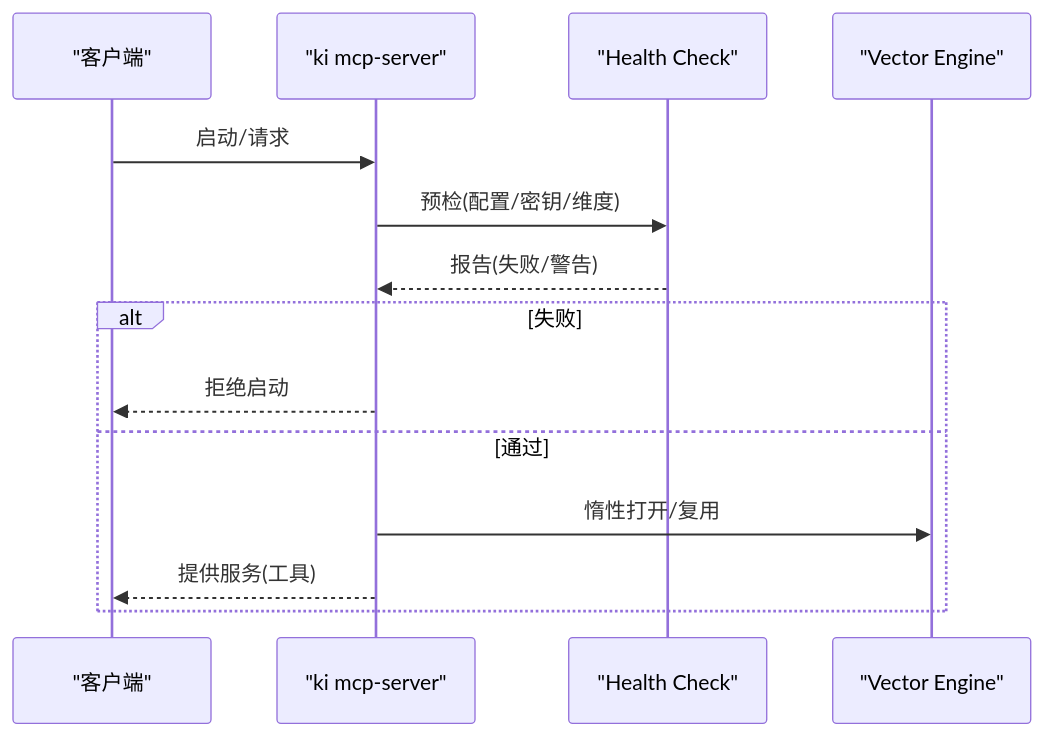
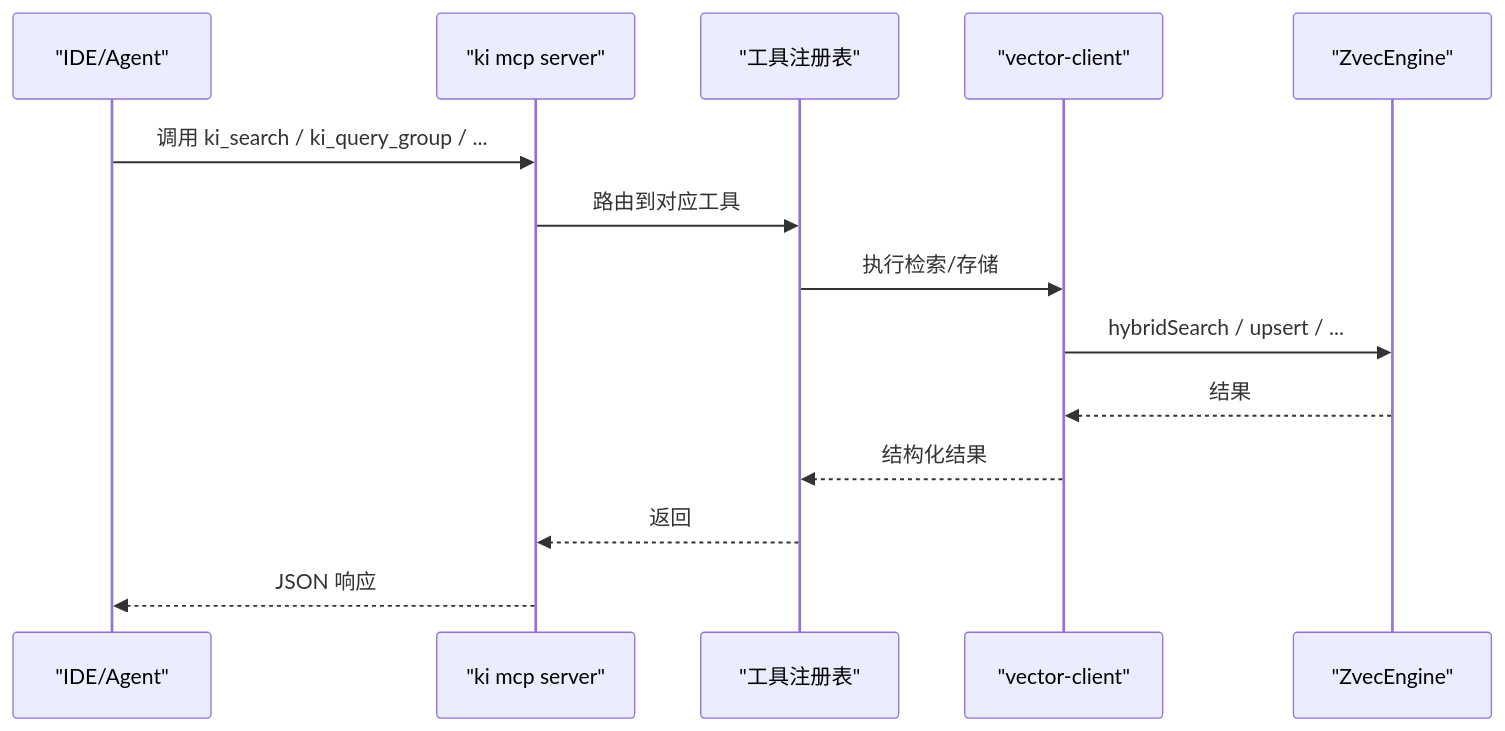
One commit to HACK-WU/kisearch changed the seventh of 8 diagrams in .qoder/repowiki/zh/content/项目概述/项目概述.md. Above: the diagram before and after it, drawn with Mermaid. The commit also changed other lines of this file and 623 other files, not shown here.

````diff
--- a/.qoder/repowiki/zh/content/项目概述/项目概述.md
+++ b/.qoder/repowiki/zh/content/项目概述/项目概述.md
@@ -256,16 +272,16 @@
 ```mermaid
 sequenceDiagram
-participant U as "客户端"
-participant M as "ki mcp-server"
-participant H as "Health Check"
-participant E as "Vector Engine"
-U->>M : 启动/请求
-M->>H : 预检(配置/密钥/维度)
-H-->>M : 报告(失败/警告)
-alt 失败
-M-->>U : 拒绝启动
-else 通过
-M->>E : 惰性打开/复用
-M-->>U : 提供服务(工具)
-end
+participant IDE as "IDE/Agent"
+participant MCP as "ki mcp server"
+participant TOOLS as "工具注册表"
+participant VC as "vector-client"
+participant ZE as "ZvecEngine"
+IDE->>MCP : 调用 ki_search / ki_query_group / ...
+MCP->>TOOLS : 路由到对应工具
+TOOLS->>VC : 执行检索/存储
+VC->>ZE : hybridSearch / upsert / ...
+ZE-->>VC : 结果
+VC-->>TOOLS : 结构化结果
+TOOLS-->>MCP : 返回
+MCP-->>IDE : JSON 响应
 ```
````
